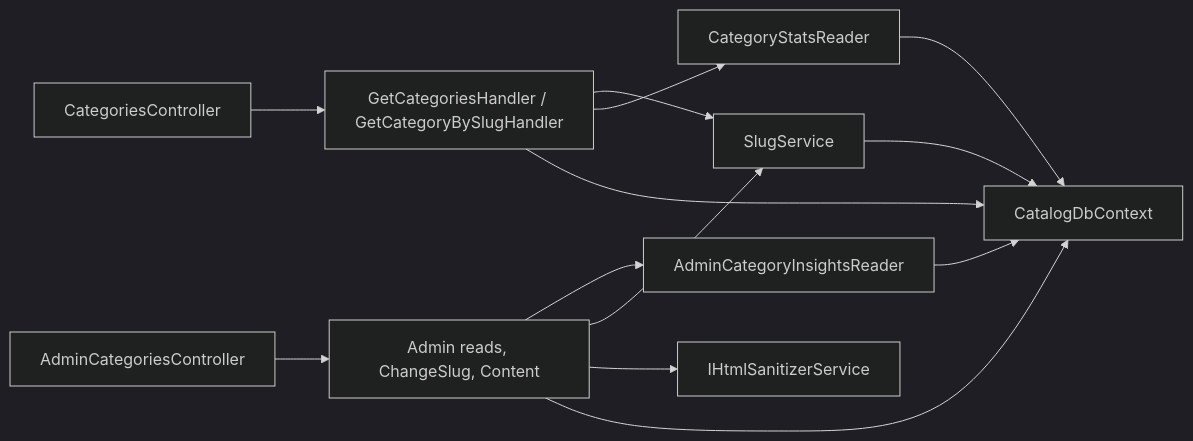
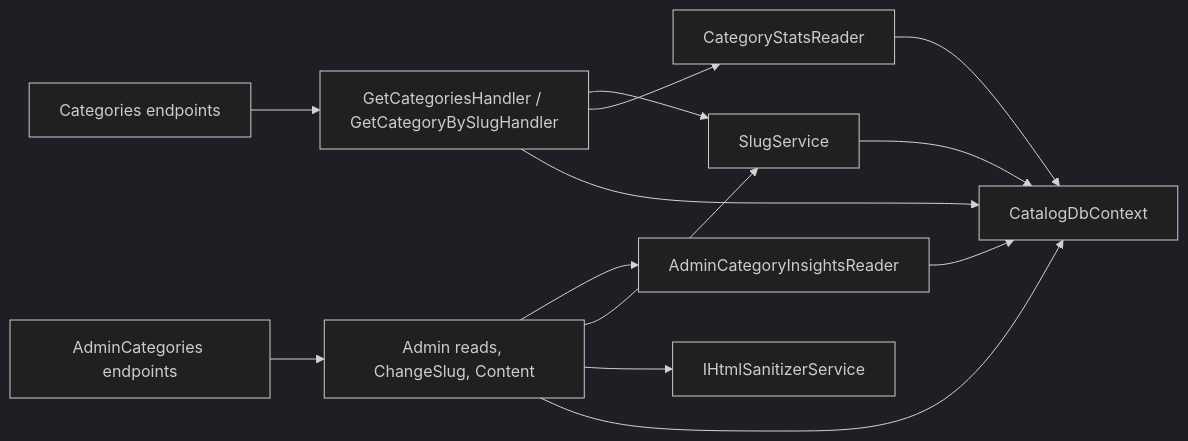
One commit to Weretik/KedrStore changed the diagram in docs/sdd/features/catalog/categories.md. Above: the diagram before and after it, drawn with Mermaid (dark theme). The commit also changed other lines of this file and 105 other files, not shown here.

````diff
--- a/docs/sdd/features/catalog/categories.md
+++ b/docs/sdd/features/catalog/categories.md
@@ -50,11 +50,11 @@
 ```mermaid
 flowchart LR
-    A["CategoriesController"] --> C["GetCategoriesHandler / GetCategoryBySlugHandler"]
-    B["AdminCategoriesController"] --> D["Admin reads, ChangeSlug, Content"]
+    A["Categories endpoints"] --> C["GetCategoriesHandler / GetCategoryBySlugHandler"]
+    B["AdminCategories endpoints"] --> D["Admin reads, ChangeSlug, Content"]
     C --> S["SlugService"]
     C --> T["CategoryStatsReader"]
     D --> I["AdminCategoryInsightsReader"]
     D --> S
     D --> H["IHtmlSanitizerService"]
     C & D & S & T & I --> F["CatalogDbContext"]
 ```
````
